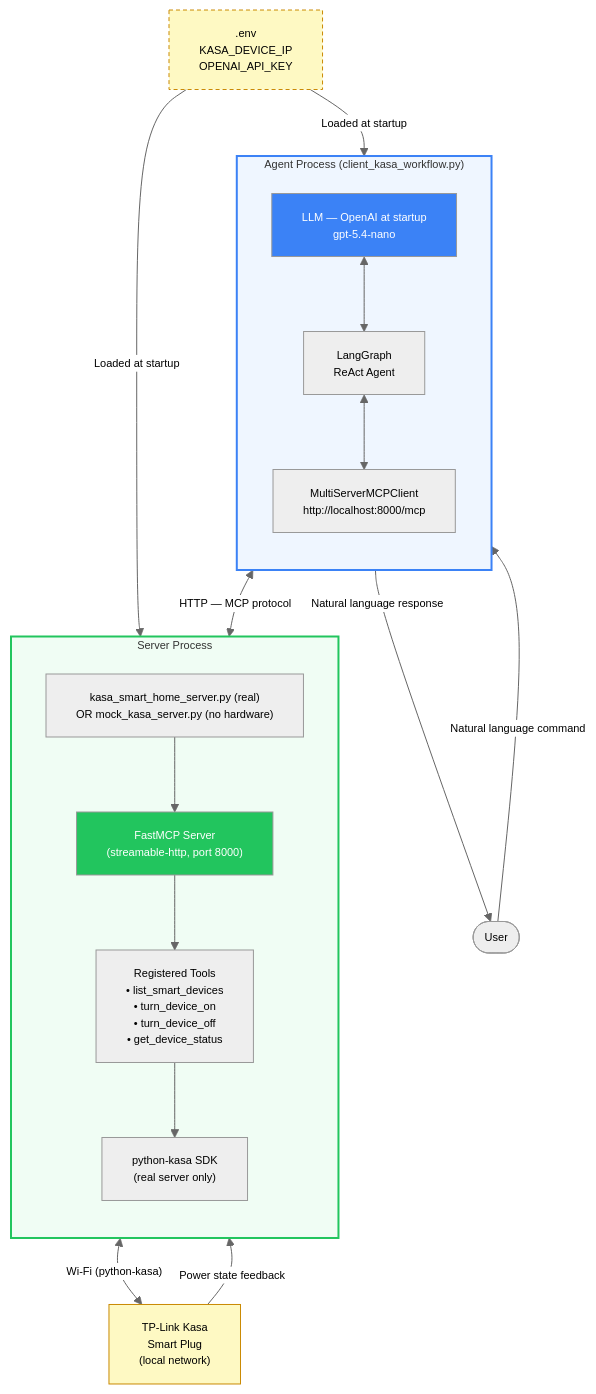
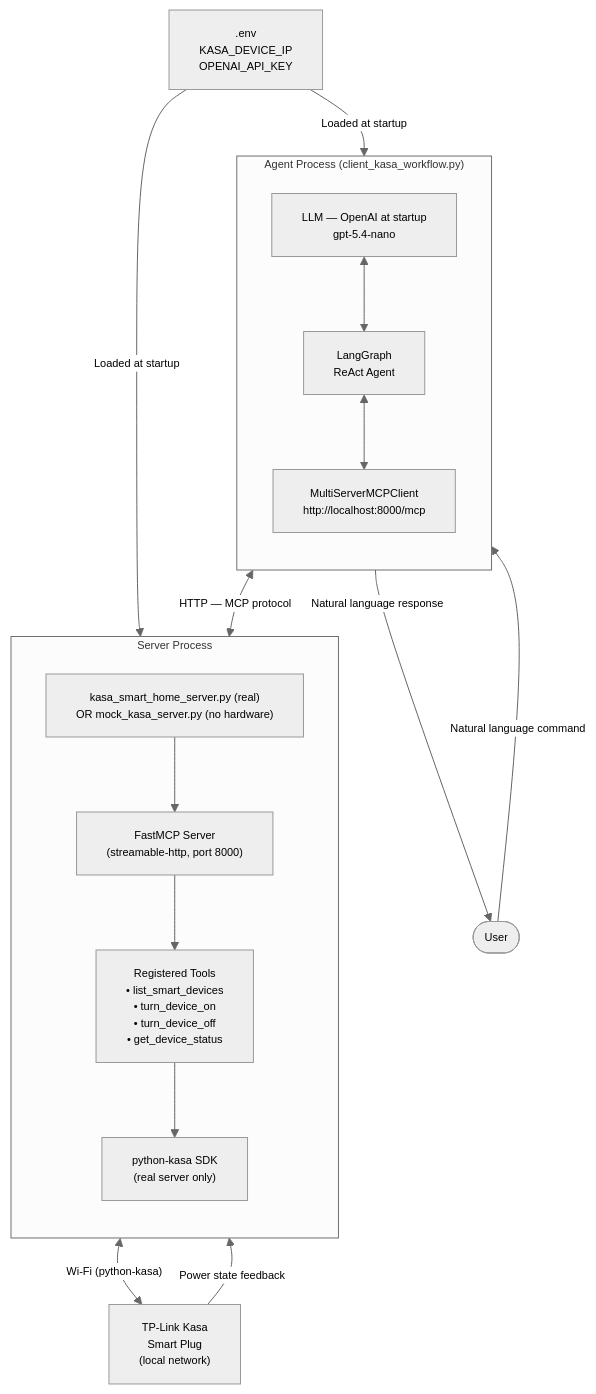
The sixth of 8 diagrams in workflow/workflow.md (the-write-path-code/ch08-model-context-protocol), drawn with Mermaid before and after one commit. The commit also changed other lines of this file, not shown here.

````diff
--- a/workflow/workflow.md
+++ b/workflow/workflow.md
@@ -209,43 +199,37 @@
 ```mermaid
 %%{init: {"theme": "neutral", "themeVariables": {"fontFamily": "Arial, Helvetica, sans-serif", "fontSize": "11px", "actorFontSize": "11px", "noteFontSize": "10px", "messageFontSize": "10px"}}}%%
 flowchart TD
     U(["User"])
 
     subgraph AGENT_SIDE ["Agent Process (client_kasa_workflow.py)"]
         direction TB
         LLM["LLM — OpenAI at startup\ngpt-5.4-nano"]
         REACT["LangGraph\nReAct Agent"]
         MCPC["MultiServerMCPClient\nhttp://localhost:8000/mcp"]
         LLM <--> REACT
         REACT <--> MCPC
     end
 
     subgraph SERVER_SIDE ["Server Process"]
         direction TB
         SRVLABEL["kasa_smart_home_server.py (real)\nOR mock_kasa_server.py (no hardware)"]
         FASTMCP["FastMCP Server\n(streamable-http, port 8000)"]
         TOOLS["Registered Tools\n• list_smart_devices\n• turn_device_on\n• turn_device_off\n• get_device_status"]
         KASA_SDK["python-kasa SDK\n(real server only)"]
         SRVLABEL --> FASTMCP
         FASTMCP --> TOOLS
         TOOLS --> KASA_SDK
     end
 
     PLUG["TP-Link Kasa\nSmart Plug\n(local network)"]
     ENV[".env\nKASA_DEVICE_IP\nOPENAI_API_KEY"]
 
     U -->|"Natural language command"| REACT
     MCPC <-->|"HTTP — MCP protocol"| FASTMCP
     KASA_SDK <-->|"Wi-Fi (python-kasa)"| PLUG
     PLUG -->|"Power state feedback"| KASA_SDK
     ENV -->|"Loaded at startup"| FASTMCP
     ENV -->|"Loaded at startup"| MCPC
     REACT -->|"Natural language response"| U
 
-    style AGENT_SIDE fill:#eff6ff,stroke:#3b82f6,stroke-width:2px
-    style SERVER_SIDE fill:#f0fdf4,stroke:#22c55e,stroke-width:2px
-    style PLUG fill:#fef9c3,stroke:#ca8a04
-    style ENV fill:#fef9c3,stroke:#ca8a04,stroke-dasharray:4 3
-    style LLM fill:#3b82f6,color:#fff
-    style FASTMCP fill:#22c55e,color:#fff
 ```
````
